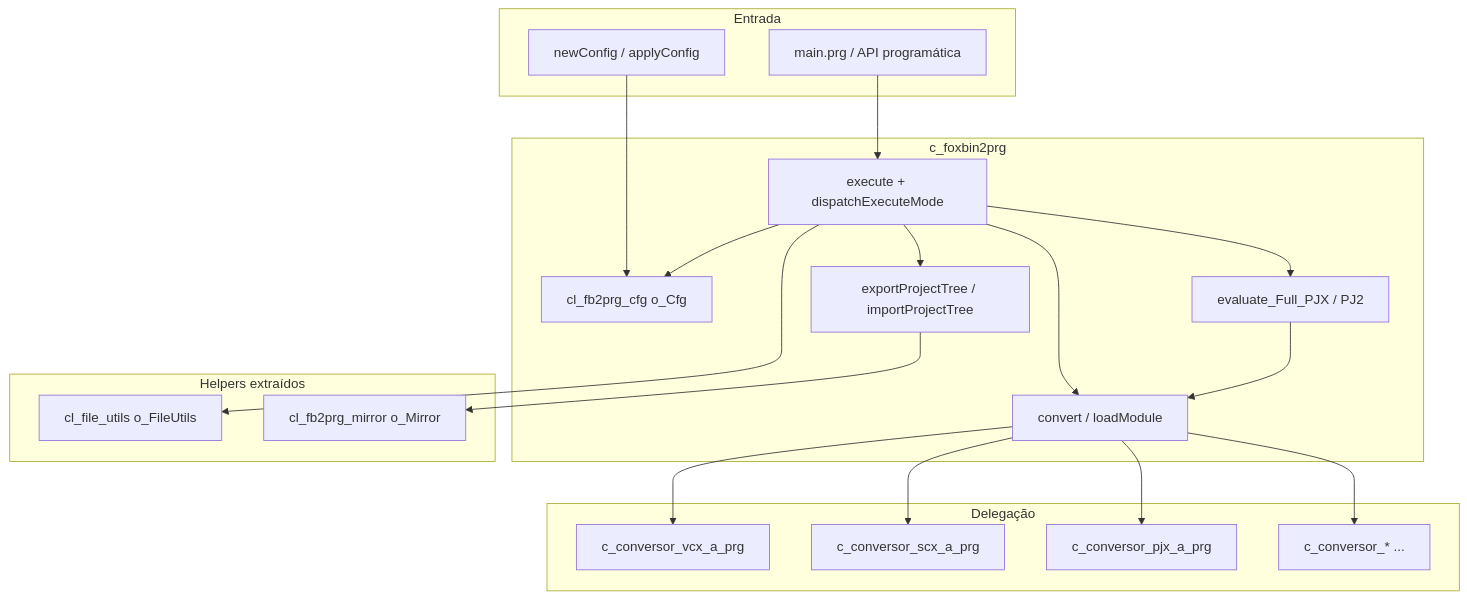
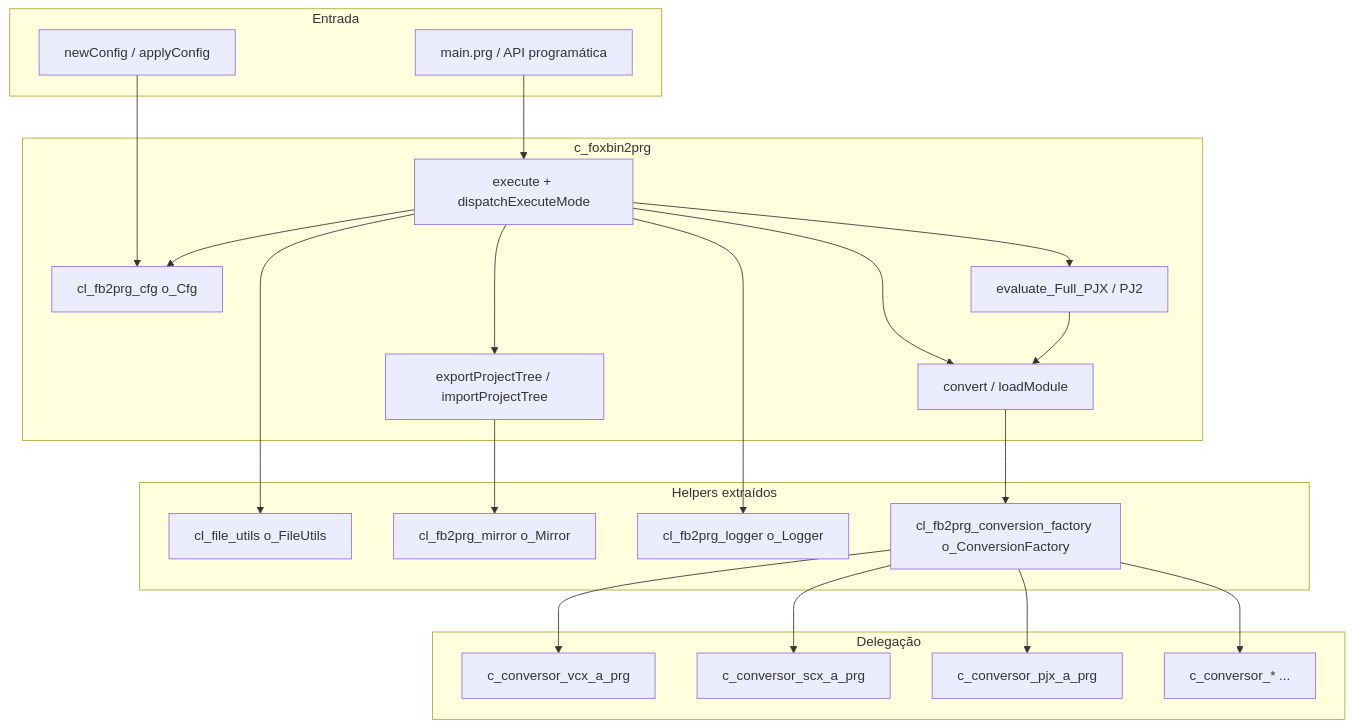
Before and after one commit to lkmatsumura/foxbin2prg: the first of 3 diagrams in docs/c_foxbin2prg_ClassAnalysis.md, drawn with Mermaid. The commit also changed other lines of this file, not shown here.

````diff
--- a/docs/c_foxbin2prg_ClassAnalysis.md
+++ b/docs/c_foxbin2prg_ClassAnalysis.md
@@ -13,38 +13,42 @@
 ```mermaid
 flowchart TB
     subgraph entrada [Entrada]
         CLI[main.prg / API programática]
         CFG[newConfig / applyConfig]
     end
 
     subgraph core [c_foxbin2prg]
         EXEC[execute + dispatchExecuteMode]
         CFGM[cl_fb2prg_cfg o_Cfg]
         CONV[convert / loadModule]
         PROJ[evaluate_Full_PJX / PJ2]
         MIRR[exportProjectTree / importProjectTree]
     end
 
     subgraph helpers [Helpers extraídos]
         FU[cl_file_utils o_FileUtils]
         MIR[cl_fb2prg_mirror o_Mirror]
+        LOG[cl_fb2prg_logger o_Logger]
+        FAC[cl_fb2prg_conversion_factory o_ConversionFactory]
     end
 
     subgraph delegacao [Delegação]
         CVX[c_conversor_vcx_a_prg]
         SCX[c_conversor_scx_a_prg]
         PJX[c_conversor_pjx_a_prg]
         OUT[c_conversor_* ...]
     end
 
     CLI --> EXEC
     CFG --> CFGM
     EXEC --> CFGM
     EXEC --> PROJ
     EXEC --> CONV
     EXEC --> MIRR
     PROJ --> CONV
     MIRR --> MIR
     EXEC --> FU
-    CONV --> CVX & SCX & PJX & OUT
+    CONV --> FAC
+    FAC --> CVX & SCX & PJX & OUT
+    EXEC --> LOG
 ```
````
